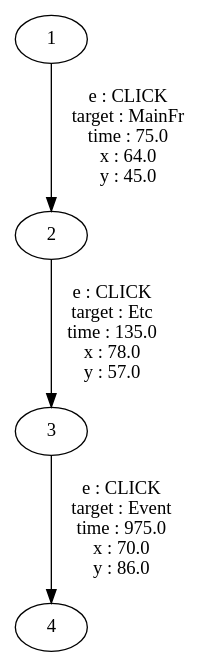
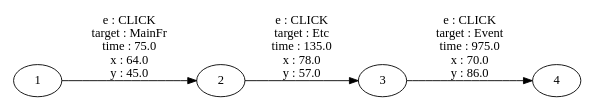
The diagram in EFSMVisualizer/out/User_1.dot (kyeongwook-ma/EFSM-visualizer), drawn with Graphviz before and after one commit. The commit also changed 2 other files, not shown here.

```diff
--- a/EFSMVisualizer/out/User_1.dot
+++ b/EFSMVisualizer/out/User_1.dot
@@ -1,1 +1,3 @@
-digraph {1->2[label=" e : CLICK\n target : MainFr\n time : 75.0\n x : 64.0\n y : 45.0"];2->3[label=" e : CLICK\n target : Etc\n time : 135.0\n x : 78.0\n y : 57.0"];3->4[label=" e : CLICK\n target : Event\n time : 975.0\n x : 70.0\n y : 86.0"];}
+digraph {
+size="6,6"rankdir="LR"
+1->2[label=" e : CLICK\n target : MainFr\n time : 75.0\n x : 64.0\n y : 45.0"];2->3[label=" e : CLICK\n target : Etc\n time : 135.0\n x : 78.0\n y : 57.0"];3->4[label=" e : CLICK\n target : Event\n time : 975.0\n x : 70.0\n y : 86.0"];}
```
